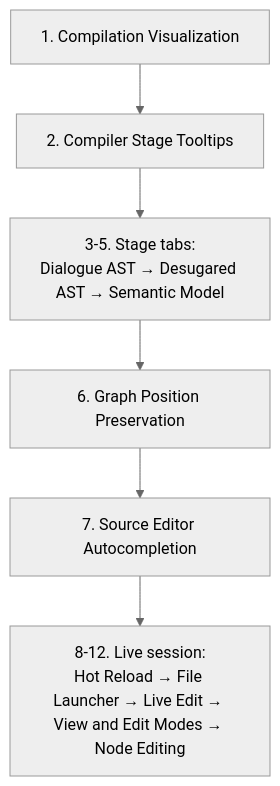
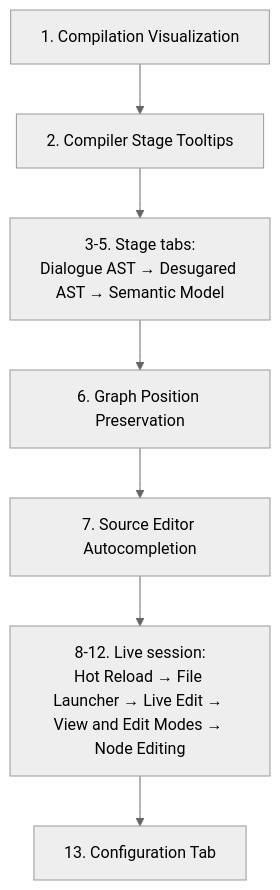
The third of 4 diagrams in docs/contributing/design-notes/README.md (pengzhengyi/godot-dialoguedown), drawn with Mermaid (neutral theme) before and after one commit. The commit also changed other lines of this file and 2 other files, not shown here.

Commit message:
docs(config-tab): reconcile the Stage 1 note with the shipped code
Crosscheck the Configuration tab note against what shipped and register it:

- status → implemented; functionality checklist ticked.
- record that `AppliedConfiguration` and `ConfigurationFile` shipped public (they
  cross the CLI/Live assembly boundary); the payload view types stay internal.
- correct the projection type name to `ConfigurationProjection` and the payload
  serializer to `SerializeReport`.
- rewrite DD3: the config view owns its own `.config-*` split and `--config-split`
  variable (driven by the shared, now-parameterized split divider) rather than
  reusing the Source classes, so the Source-tab end-to-end selectors stay
  unambiguous; the speakers table reuses `.semantic-table` under its own wrapper.
- register the note in the design-notes index (reading order + chart) and toc.yml.

````diff
--- a/docs/contributing/design-notes/README.md
+++ b/docs/contributing/design-notes/README.md
@@ -103,8 +103,9 @@
 ```mermaid
 flowchart TB
     CV["1. Compilation Visualization"] --> TT["2. Compiler Stage Tooltips"]
     TT --> TABS["3-5. Stage tabs:<br/>Dialogue AST → Desugared AST → Semantic Model"]
     TABS --> GX["6. Graph Position Preservation"]
     GX --> AC["7. Source Editor Autocompletion"]
     AC --> LIVE["8-12. Live session:<br/>Hot Reload → File Launcher → Live Edit → View and Edit Modes → Node Editing"]
+    LIVE --> CFG["13. Configuration Tab"]
 ```
````
